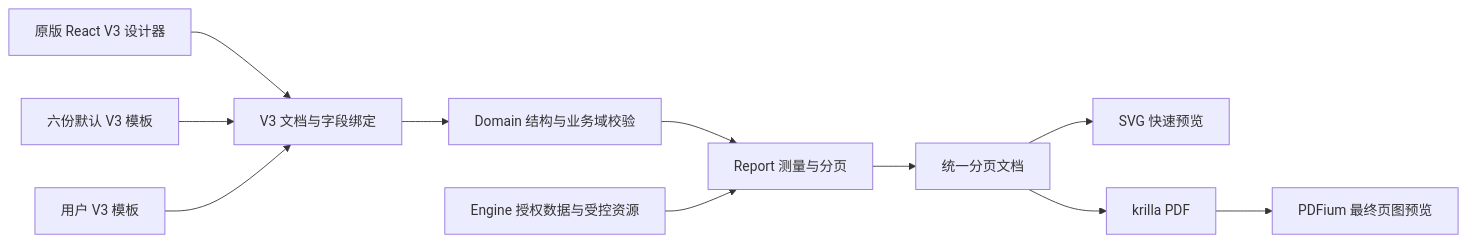
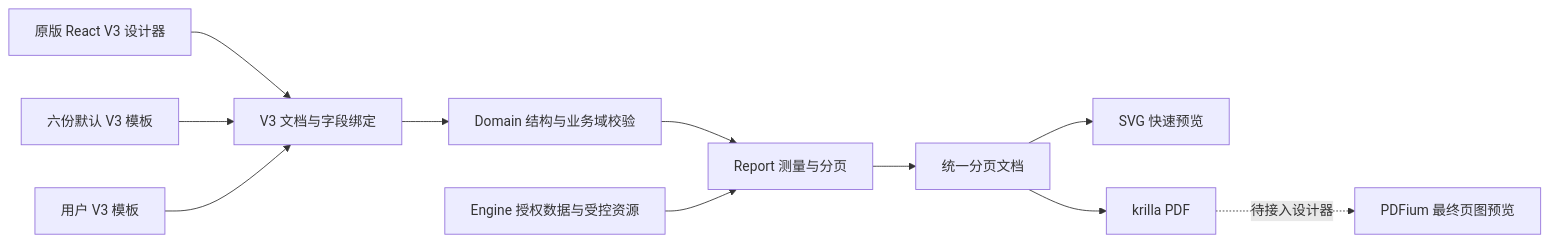
The diagram in docs/Rust统一V3模板与原版PDF验收方案.md (sck03/rustdoc), drawn with Mermaid before and after one commit. The commit also changed other lines of this file and 47 other files, not shown here.

````diff
--- a/docs/Rust统一V3模板与原版PDF验收方案.md
+++ b/docs/Rust统一V3模板与原版PDF验收方案.md
@@ -43,13 +43,13 @@
 ```mermaid
 flowchart LR
   Editor[原版 React V3 设计器] --> Schema[V3 文档与字段绑定]
   Presets[六份默认 V3 模板] --> Schema
   User[用户 V3 模板] --> Schema
   Schema --> Validate[Domain 结构与业务域校验]
   Validate --> Layout[Report 测量与分页]
   Data[Engine 授权数据与受控资源] --> Layout
   Layout --> Pages[统一分页文档]
   Pages --> SVG[SVG 快速预览]
   Pages --> PDF[krilla PDF]
-  PDF --> Final[PDFium 最终页图预览]
+  PDF -. 待接入设计器 .-> Final[PDFium 最终页图预览]
 ```
````
